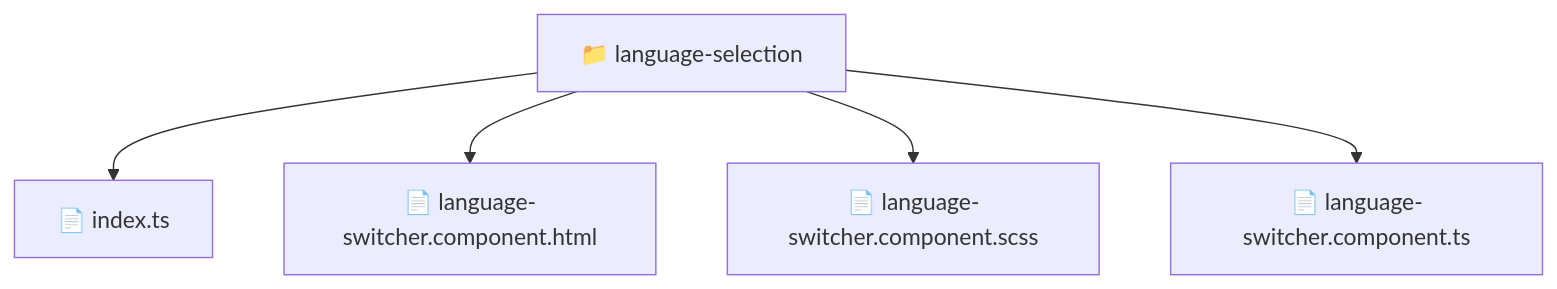
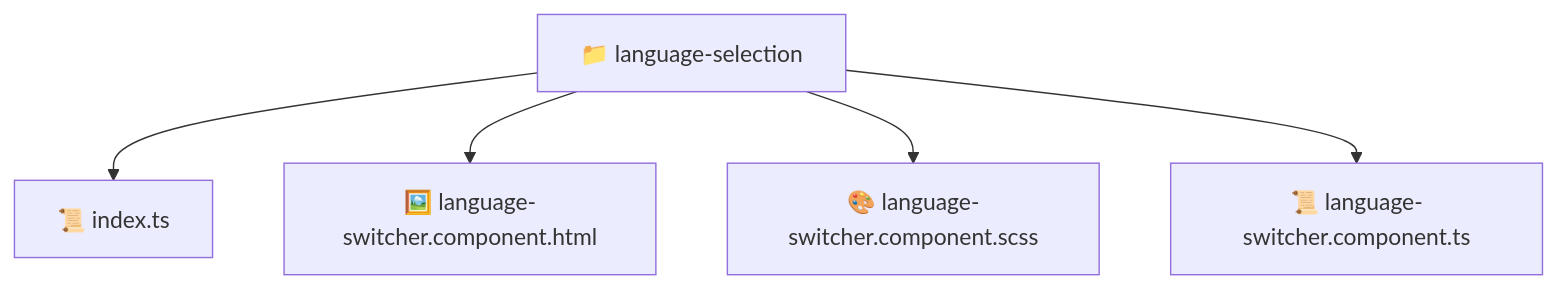
The diagram in frontend/src/features/language-selection/README.md (beginwebdev2002/fullstack-mavluda), drawn with Mermaid before and after one commit. The commit also changed other lines of this file and 163 other files, not shown here.

````diff
--- a/frontend/src/features/language-selection/README.md
+++ b/frontend/src/features/language-selection/README.md
@@ -11,8 +11,8 @@
 ```mermaid
 graph TD
-  Root["📁 language-selection"]
-  Root --> index_ts["📄 index.ts"]
-  Root --> language_switcher_component_html["📄 language-switcher.component.html"]
-  Root --> language_switcher_component_scss["📄 language-switcher.component.scss"]
-  Root --> language_switcher_component_ts["📄 language-switcher.component.ts"]
+  language_selection["📁 language-selection"]
+  language_selection --> index_ts["📜 index.ts"]
+  language_selection --> language_switcher_component_html["🖼️ language-switcher.component.html"]
+  language_selection --> language_switcher_component_scss["🎨 language-switcher.component.scss"]
+  language_selection --> language_switcher_component_ts["📜 language-switcher.component.ts"]
 ```
````
